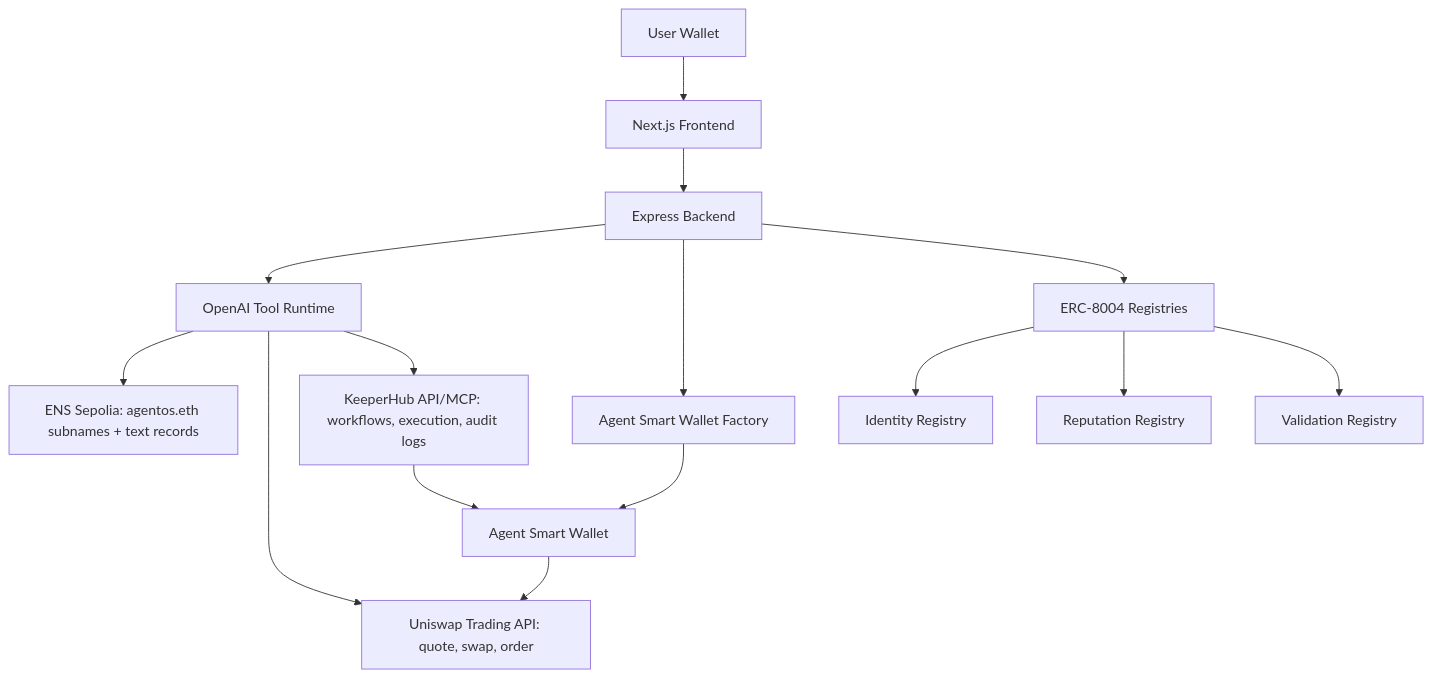
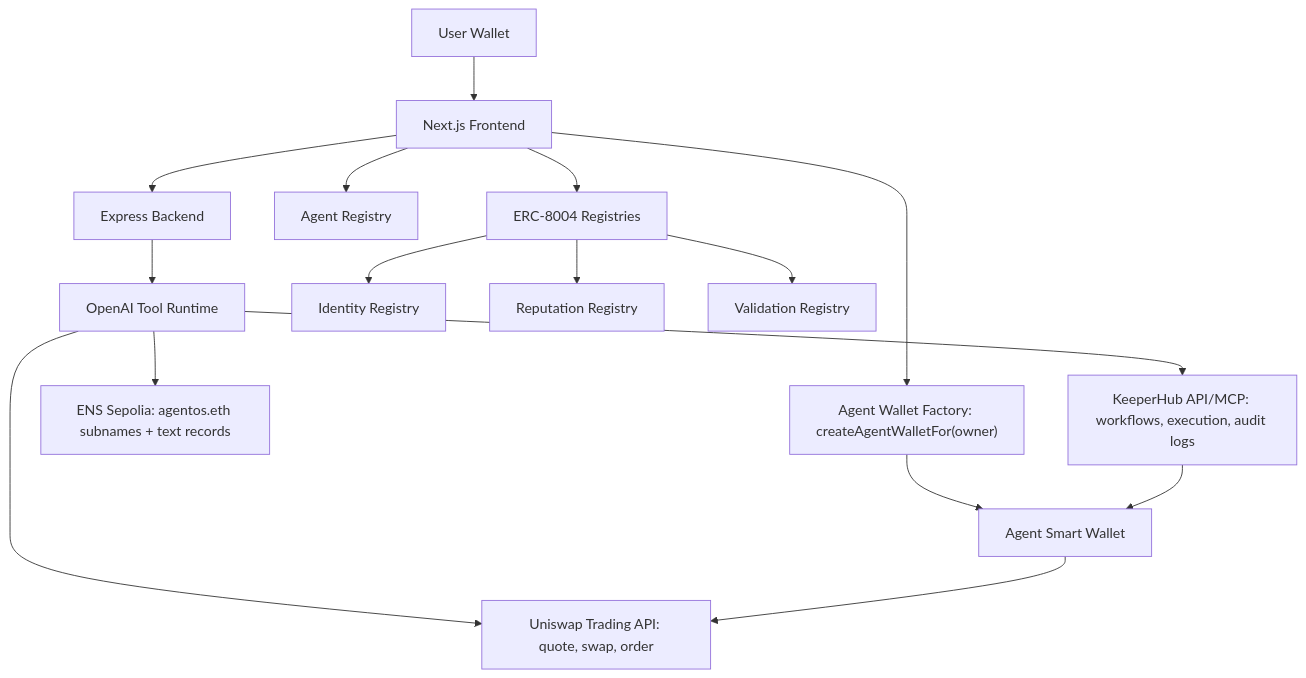
Before and after one commit to NikhilRaikwar/AgentOS: the diagram in README.md, drawn with Mermaid. The commit also changed other lines of this file and 11 other files, not shown here.

First line of the commit message:
feat: add user-owned agent deployment flow

````diff
--- a/README.md
+++ b/README.md
@@ -19,17 +19,18 @@
 ```mermaid
 flowchart TD
   U["User Wallet"] --> F["Next.js Frontend"]
+  F --> FAC["Agent Wallet Factory: createAgentWalletFor(owner)"]
+  F --> R["ERC-8004 Registries"]
+  F --> AR["Agent Registry"]
   F --> B["Express Backend"]
   B --> O["OpenAI Tool Runtime"]
   O --> ENS["ENS Sepolia: agentos.eth subnames + text records"]
   O --> UNI["Uniswap Trading API: quote, swap, order"]
   O --> KH["KeeperHub API/MCP: workflows, execution, audit logs"]
-  B --> C["Agent Smart Wallet Factory"]
-  C --> W["Agent Smart Wallet"]
+  FAC --> W["Agent Smart Wallet"]
   W --> UNI
   KH --> W
-  B --> R["ERC-8004 Registries"]
   R --> ID["Identity Registry"]
   R --> REP["Reputation Registry"]
   R --> VAL["Validation Registry"]
 ```
````
